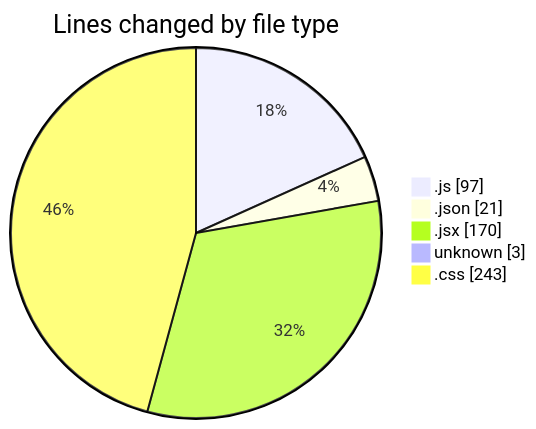
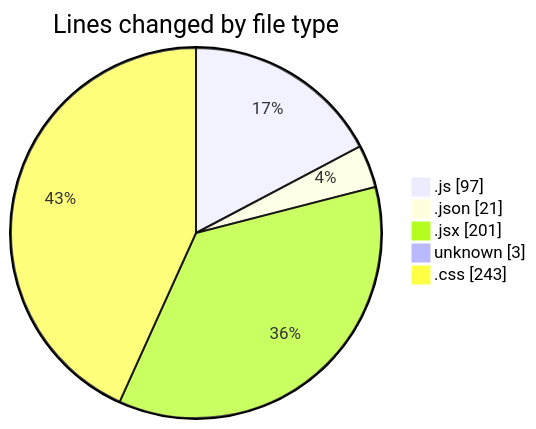
Before and after one commit to Ritupan-Deka/code-tracking: the first of 2 diagrams in 2025-06-03/realtimechat/README.md, drawn with Mermaid. The commit also changed other lines of this file and 1 other file, not shown here.

````diff
--- a/2025-06-03/realtimechat/README.md
+++ b/2025-06-03/realtimechat/README.md
@@ -25,9 +25,9 @@
 ```mermaid
 pie showData
 title Lines changed by file type
 ".js" : 97
 ".json" : 21
-".jsx" : 170
+".jsx" : 201
 "unknown" : 3
 ".css" : 243
 ```
````
